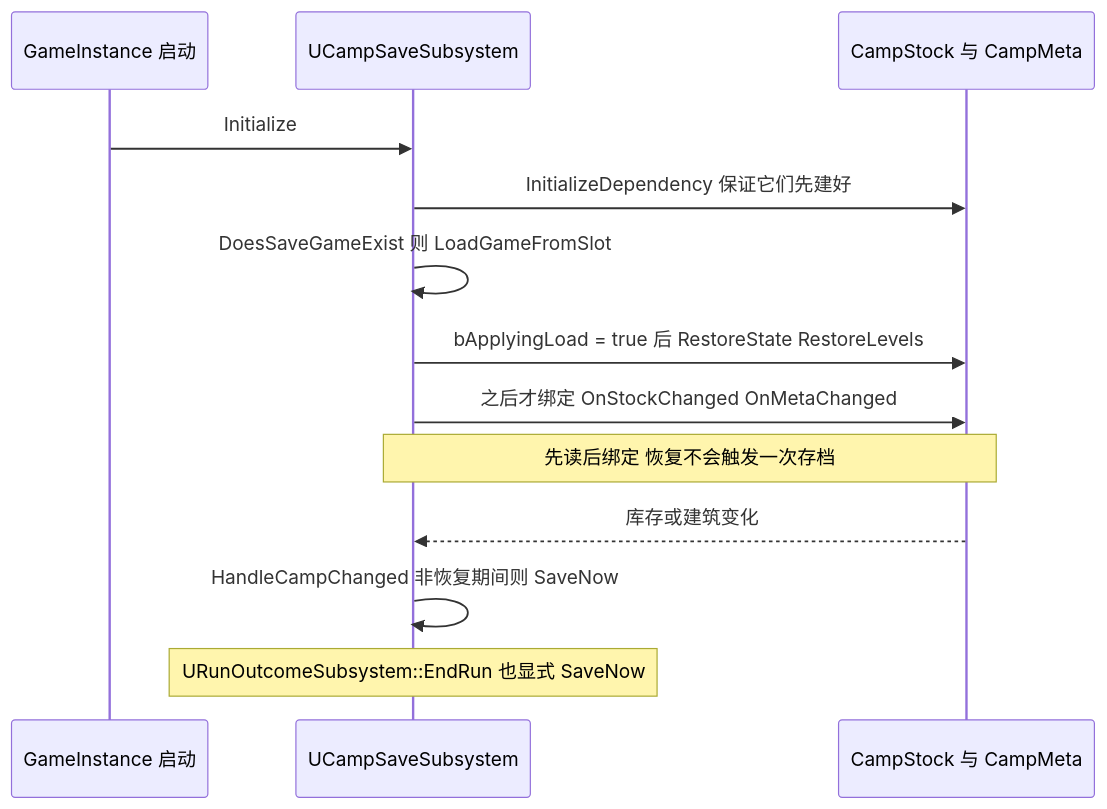
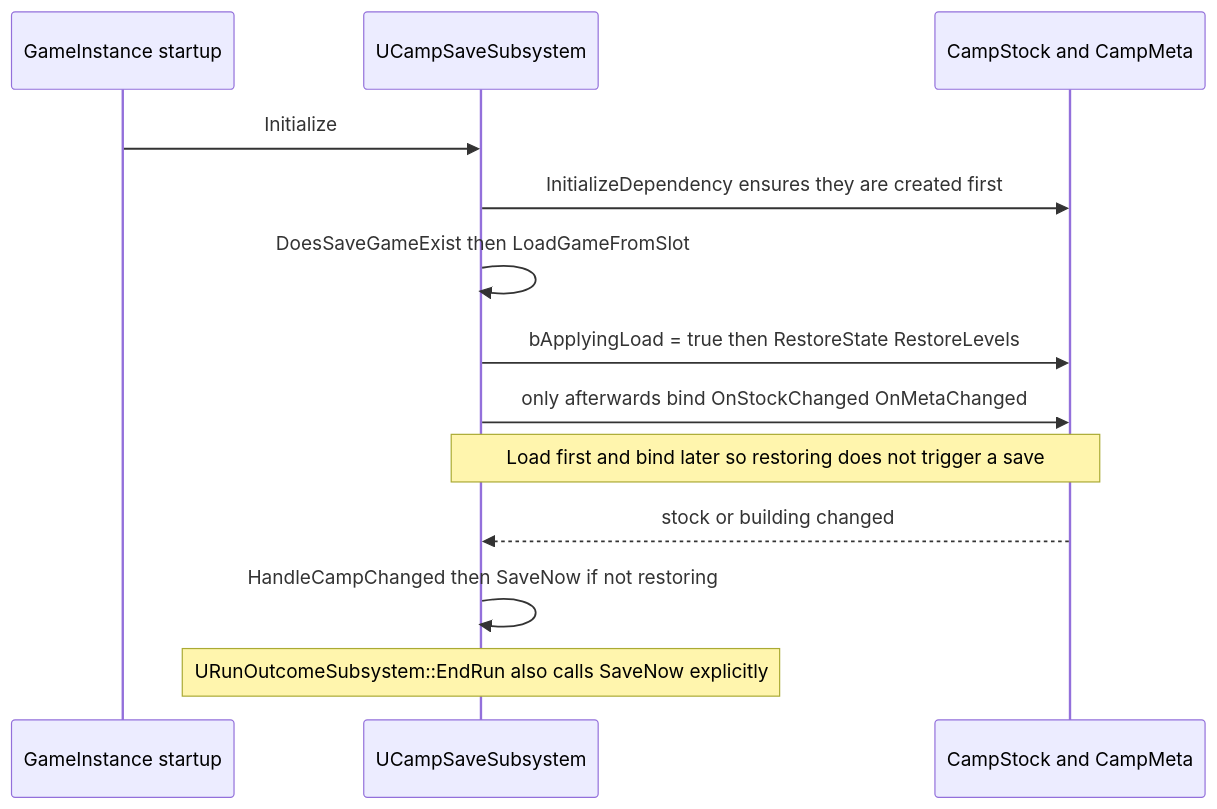
Before and after one commit to Huangyu-Shen/2026-epic-gamejam: the diagram in docs/wiki/data-and-storage.md, drawn with Mermaid. The commit also changed other lines of this file and 33 other files, not shown here.

````diff
--- a/docs/wiki/data-and-storage.md
+++ b/docs/wiki/data-and-storage.md
@@ -24,15 +24,15 @@
 ```mermaid
 sequenceDiagram
-  participant G as GameInstance 启动
+  participant G as GameInstance startup
   participant V as UCampSaveSubsystem
-  participant S as CampStock 与 CampMeta
+  participant S as CampStock and CampMeta
   G->>V: Initialize
-  V->>S: InitializeDependency 保证它们先建好
-  V->>V: DoesSaveGameExist 则 LoadGameFromSlot
-  V->>S: bApplyingLoad = true 后 RestoreState RestoreLevels
-  V->>S: 之后才绑定 OnStockChanged OnMetaChanged
-  Note over V,S: 先读后绑定 恢复不会触发一次存档
-  S-->>V: 库存或建筑变化
-  V->>V: HandleCampChanged 非恢复期间则 SaveNow
-  Note over V: URunOutcomeSubsystem::EndRun 也显式 SaveNow
+  V->>S: InitializeDependency ensures they are created first
+  V->>V: DoesSaveGameExist then LoadGameFromSlot
+  V->>S: bApplyingLoad = true then RestoreState RestoreLevels
+  V->>S: only afterwards bind OnStockChanged OnMetaChanged
+  Note over V,S: Load first and bind later so restoring does not trigger a save
+  S-->>V: stock or building changed
+  V->>V: HandleCampChanged then SaveNow if not restoring
+  Note over V: URunOutcomeSubsystem::EndRun also calls SaveNow explicitly
 ```
````
